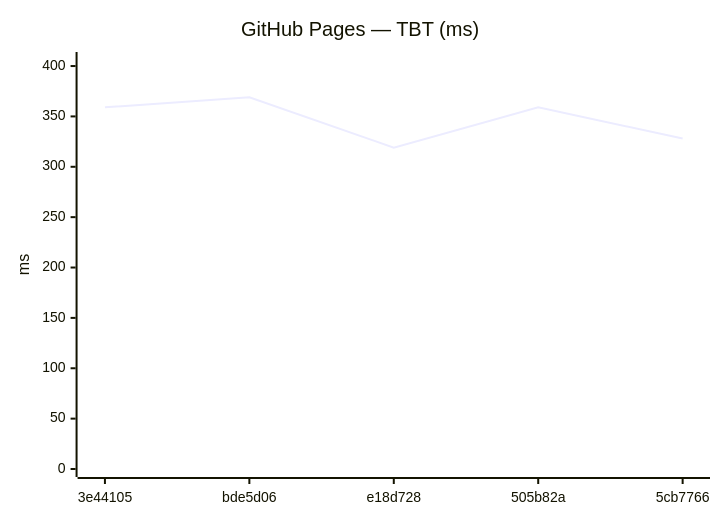
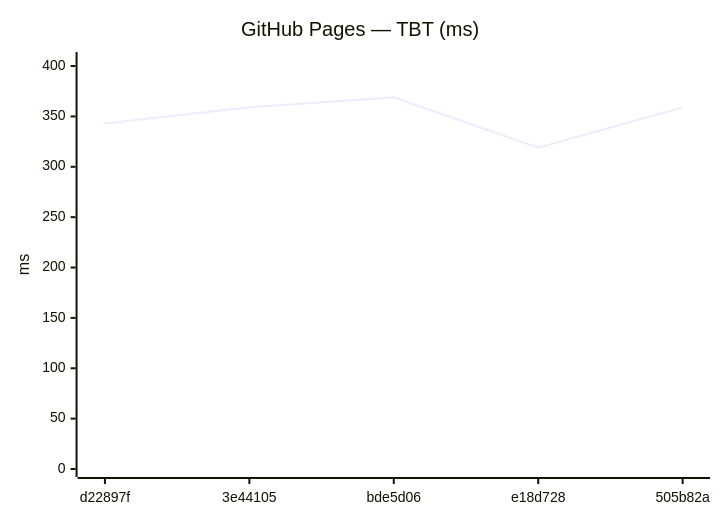
The tenth of 18 diagrams in benchmarks/compare.md (Metaheurist/Rianell), drawn with Mermaid before and after one commit. The commit also changed other lines of this file and 11 other files, not shown here.

````diff
--- a/benchmarks/compare.md
+++ b/benchmarks/compare.md
@@ -149,7 +149,7 @@
 ```mermaid
 xychart-beta
     title "GitHub Pages — TBT (ms)"
-    x-axis ["3e44105", "bde5d06", "e18d728", "505b82a", "5cb7766"]
+    x-axis ["d22897f", "3e44105", "bde5d06", "e18d728", "505b82a"]
     y-axis "ms" 0 --> 406
-    line [359, 369, 319, 359, 328]
+    line [343, 359, 369, 319, 359]
 ```
````
